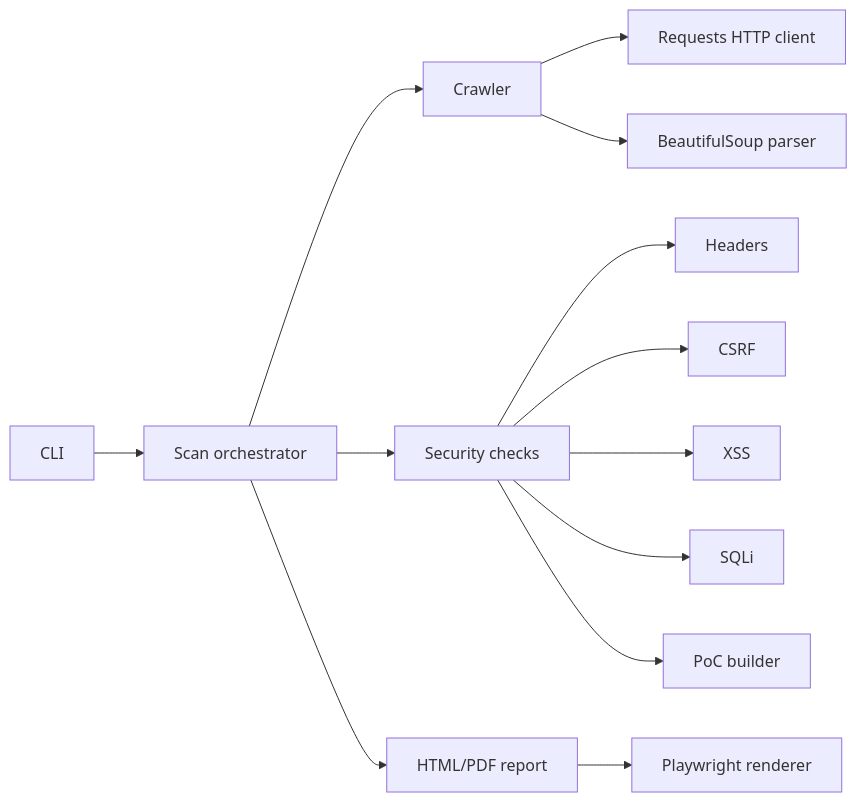
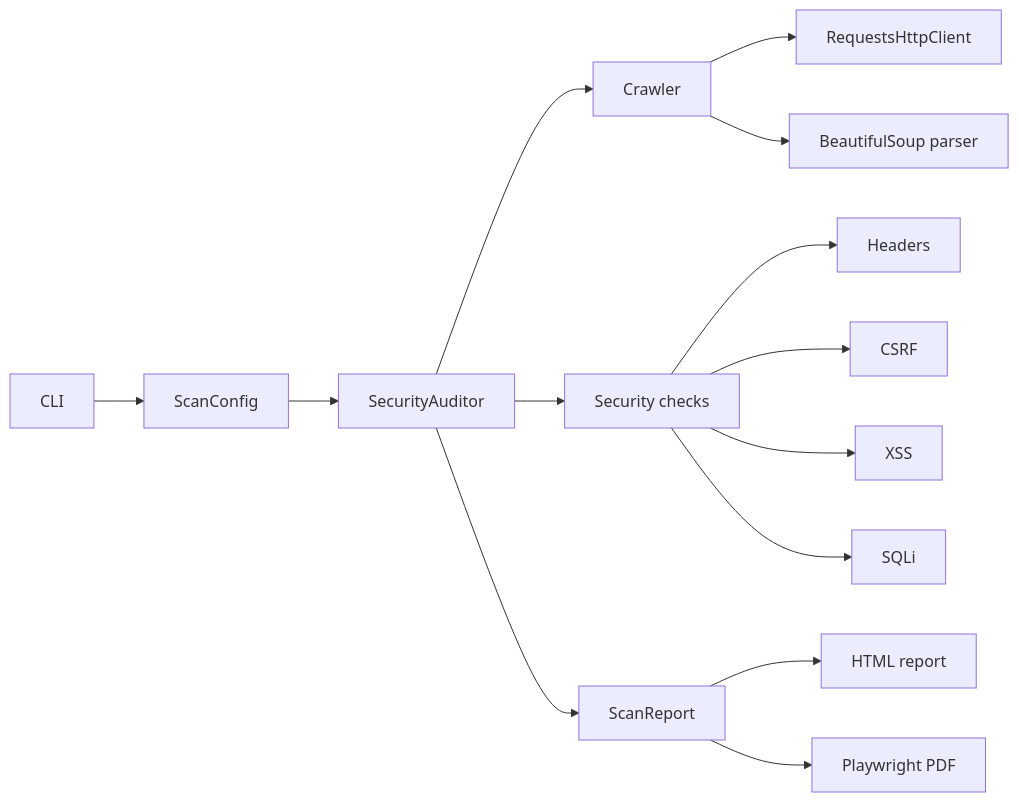
One commit to holhalovaa/web-security-audit changed the diagram in README.md. Above: the diagram before and after it, drawn with Mermaid. The commit also changed other lines of this file, not shown here.

````diff
--- a/README.md
+++ b/README.md
@@ -23,15 +198,16 @@
 ```mermaid
 flowchart LR
-    CLI["CLI"] --> Orchestrator["Scan orchestrator"]
-    Orchestrator --> Crawler["Crawler"]
-    Crawler --> HTTP["Requests HTTP client"]
+    CLI["CLI"] --> Config["ScanConfig"]
+    Config --> Auditor["SecurityAuditor"]
+    Auditor --> Crawler["Crawler"]
+    Crawler --> Client["RequestsHttpClient"]
     Crawler --> Parser["BeautifulSoup parser"]
-    Orchestrator --> Checks["Security checks"]
+    Auditor --> Checks["Security checks"]
     Checks --> Headers["Headers"]
     Checks --> CSRF["CSRF"]
     Checks --> XSS["XSS"]
     Checks --> SQLi["SQLi"]
-    Checks --> PoC["PoC builder"]
-    Orchestrator --> Report["HTML/PDF report"]
-    Report --> Playwright["Playwright renderer"]
+    Auditor --> Report["ScanReport"]
+    Report --> HTML["HTML report"]
+    Report --> PDF["Playwright PDF"]
 ```
````
